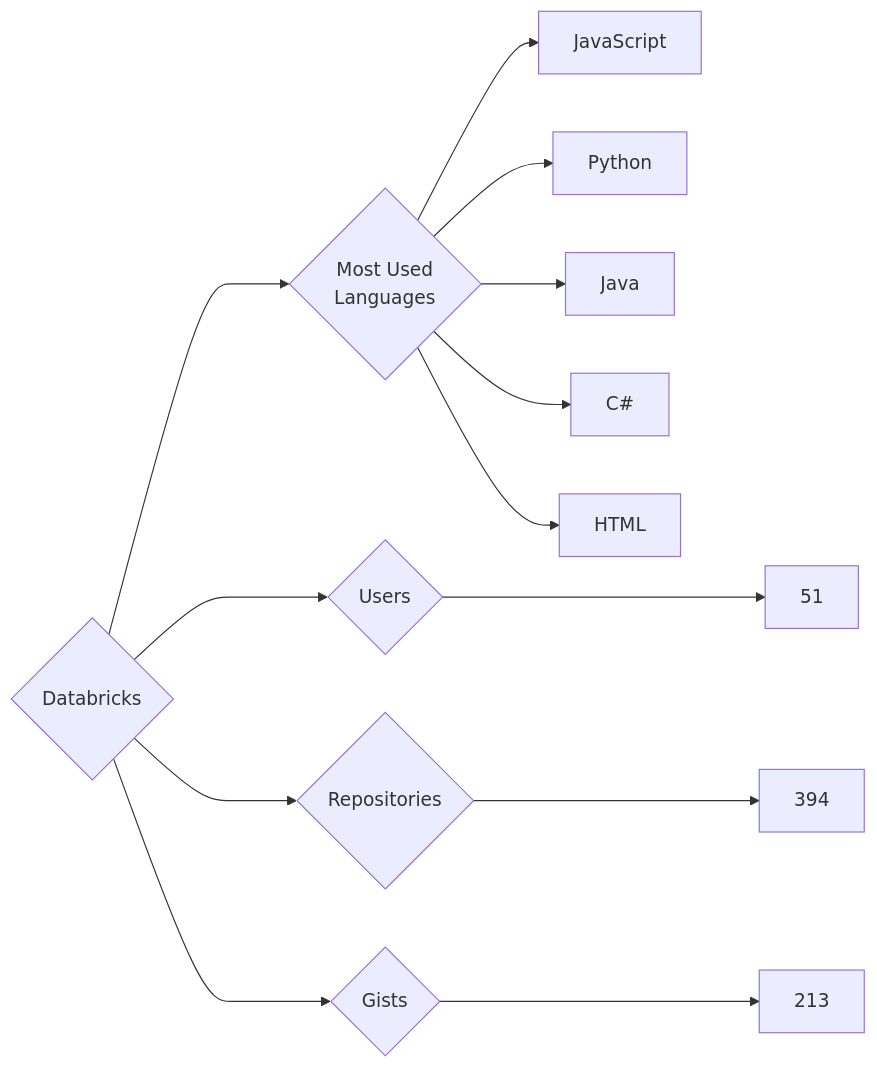
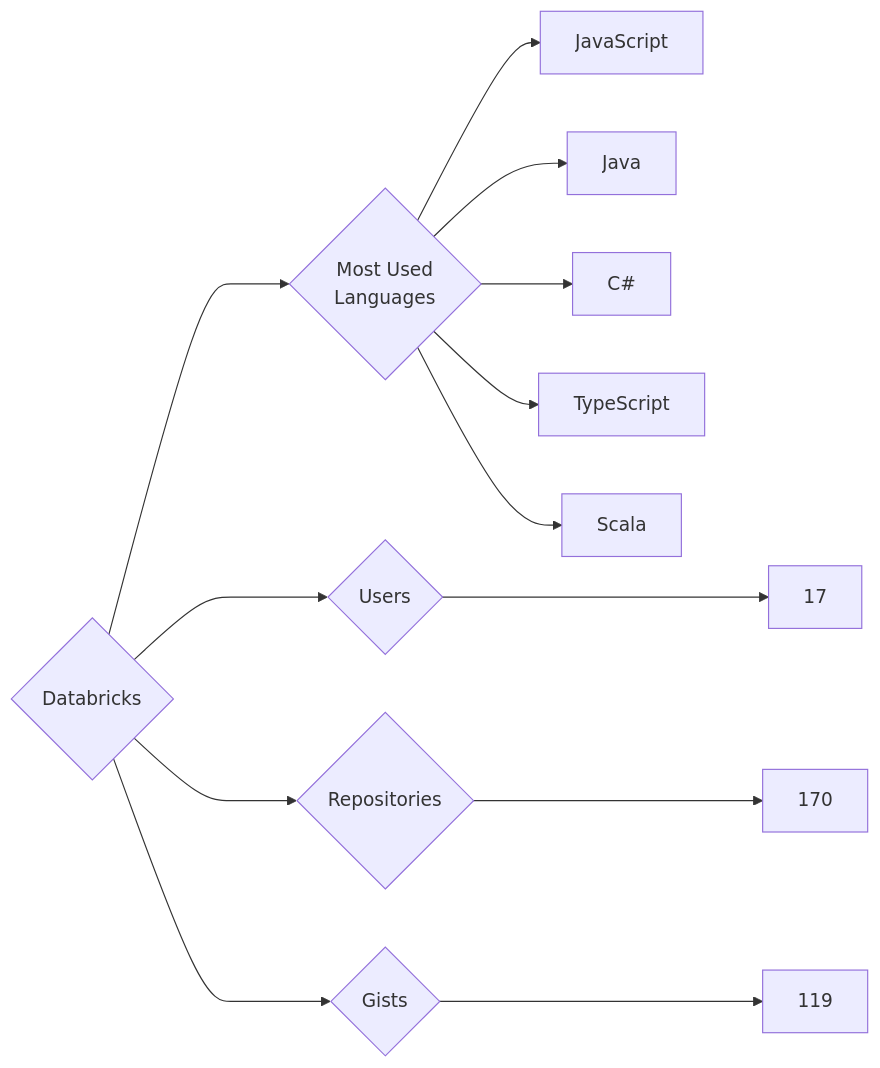
Before and after one commit to trickest/insiders: the diagram in targets/Databricks/README.md, drawn with Mermaid. The commit also changed 839 other files, not shown here.

````diff
--- a/targets/Databricks/README.md
+++ b/targets/Databricks/README.md
@@ -3,13 +3,13 @@
 ```mermaid
 graph LR
 COMPANY_NAME{Databricks}
-COMPANY_NAME ---> U{Users} ---> UN[51]
-COMPANY_NAME ---> R{Repositories} ---> RN[394]
-COMPANY_NAME ---> G{Gists} ---> GN[213]
+COMPANY_NAME ---> U{Users} ---> UN[17]
+COMPANY_NAME ---> R{Repositories} ---> RN[170]
+COMPANY_NAME ---> G{Gists} ---> GN[119]
 COMPANY_NAME ---> ML{Most Used<br>Languages}
 ML --> JavaScript[JavaScript]
-ML --> Python[Python]
 ML --> Java[Java]
 ML --> C#[C#]
-ML --> HTML[HTML]
+ML --> TypeScript[TypeScript]
+ML --> Scala[Scala]
 ```
````
